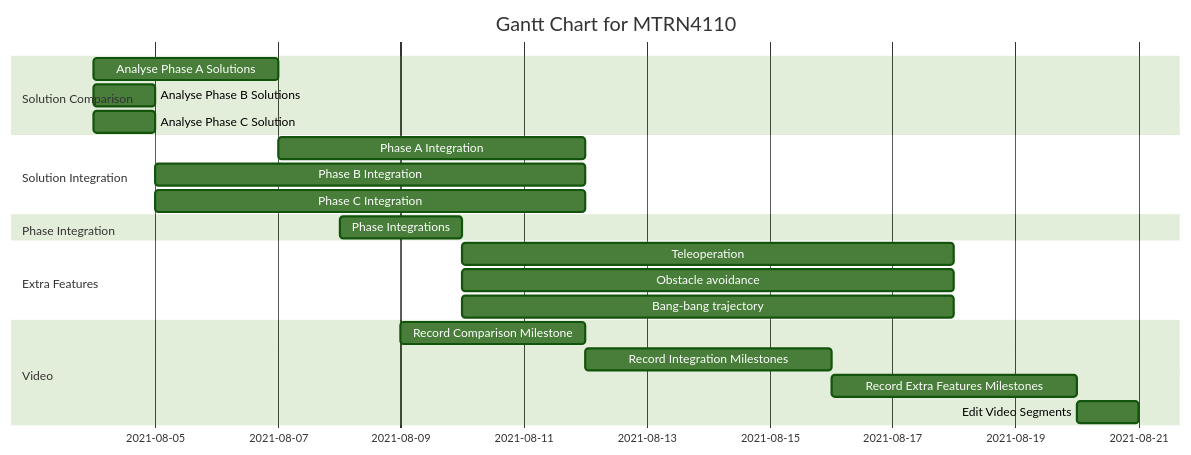
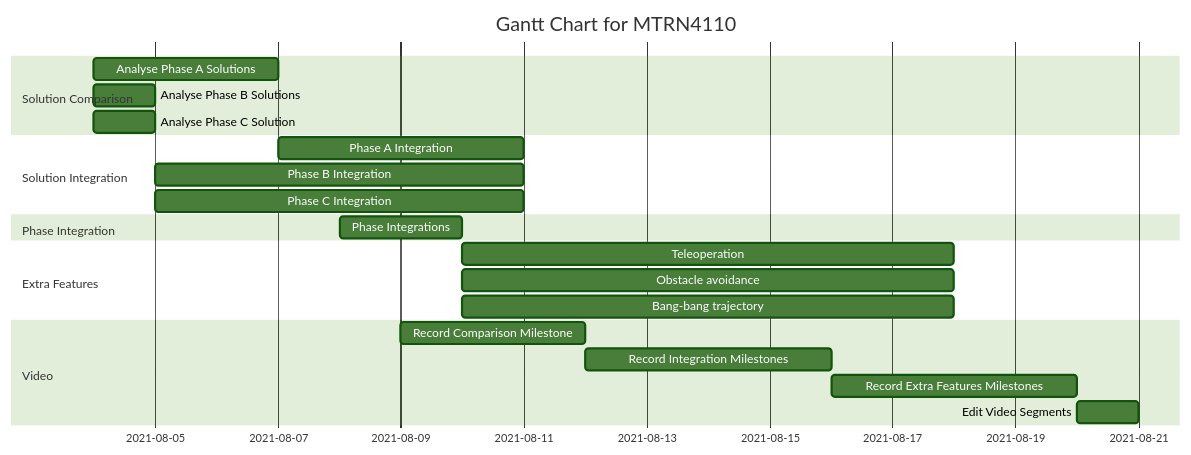
The diagram in README.md (dennuguyen/mtrn4110-proj), drawn with Mermaid (forest theme) before and after one commit.

````diff
--- a/README.md
+++ b/README.md
@@ -5,28 +5,28 @@
 ```mermaid
 gantt
     title Gantt Chart for MTRN4110
     dateFormat  DD-MM-YYYY
     section Solution Comparison
     Analyse Phase A Solutions       :04-08-2021, 07-08-2021
     Analyse Phase B Solutions       :04-08-2021, 05-08-2021
     Analyse Phase C Solution        :04-08-2021, 05-08-2021
 
     section Solution Integration
-    Phase A Integration             :07-08-2021, 5d
-    Phase B Integration             :05-08-2021, 7d
-    Phase C Integration             :05-08-2021, 7d
+    Phase A Integration             :07-08-2021, 4d
+    Phase B Integration             :05-08-2021, 6d
+    Phase C Integration             :05-08-2021, 6d
 
     section Phase Integration
     Phase Integrations              :08-08-2021, 2d
 
     section Extra Features
     Teleoperation              :10-08-2021, 8d
     Obstacle avoidance         :10-08-2021, 8d
     Bang-bang trajectory       :10-08-2021, 8d
 
     section Video
     Record Comparison Milestone           :09-08-2021, 3d
     Record Integration Milestones         :12-08-2021, 4d
     Record Extra Features Milestones      :16-08-2021, 4d
     Edit Video Segments                   :20-08-2021, 1d
 ```
````
